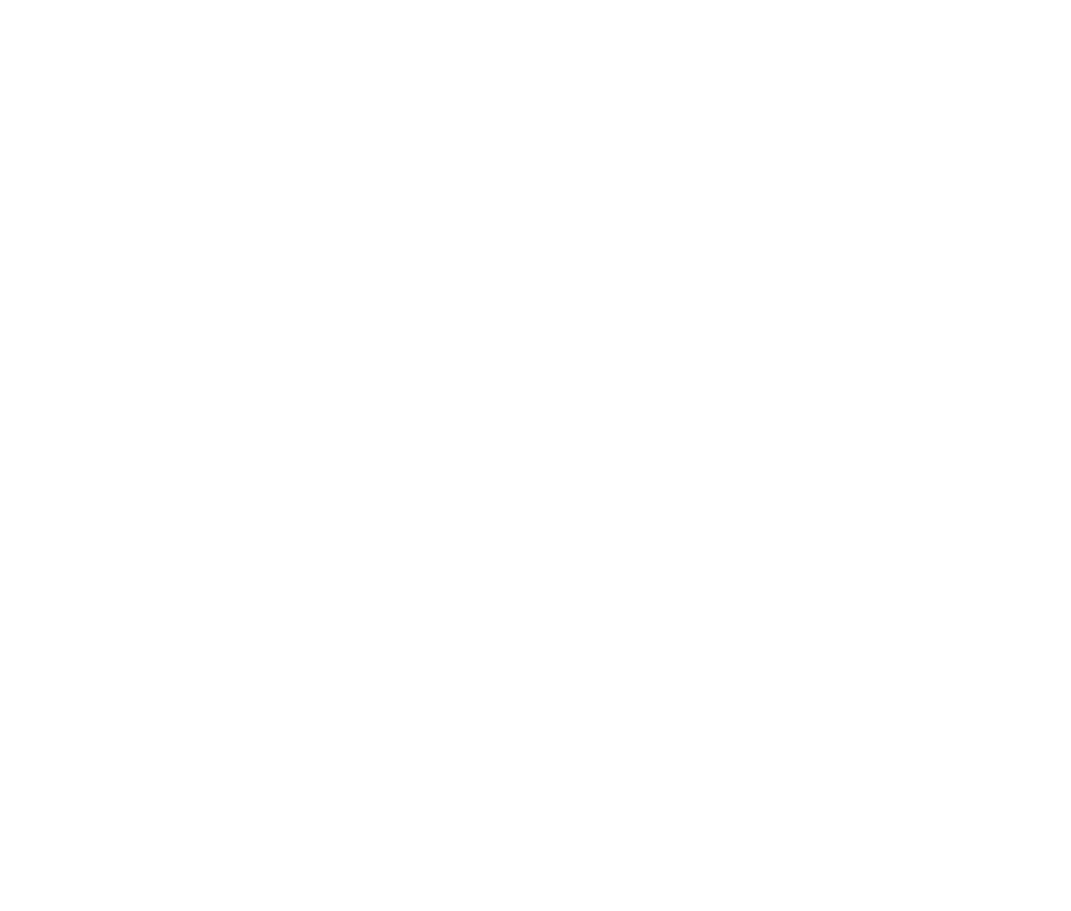
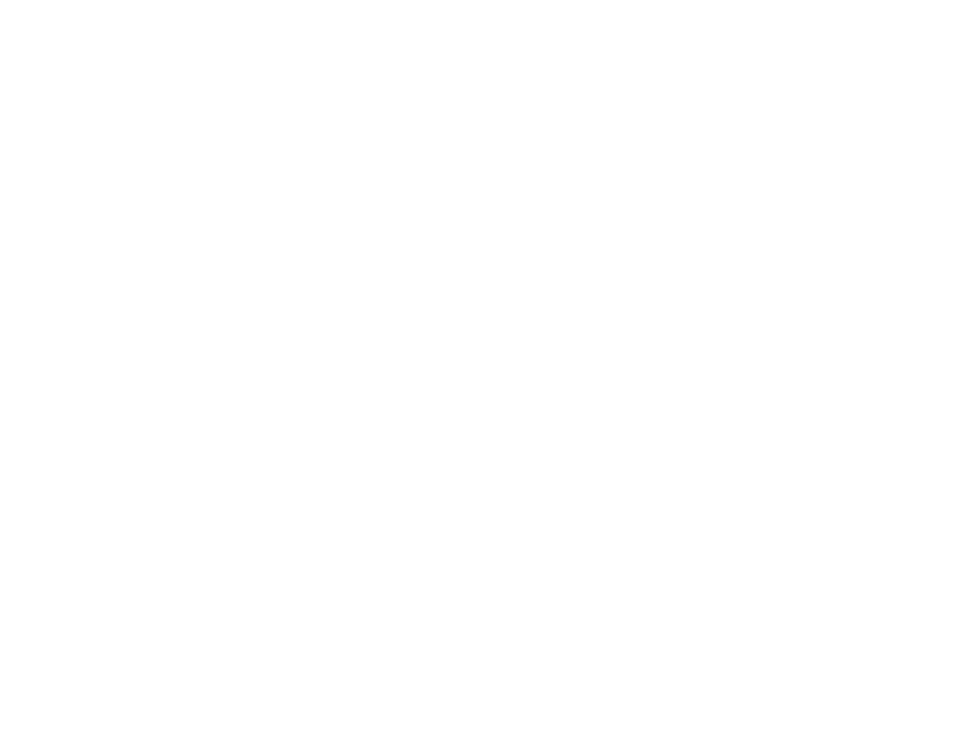
The diagram in data/graph.dot (dodokek/Tree-Structure-Akinator), drawn with Graphviz before and after one commit. The commit also changed 3 other files, not shown here.

```diff
--- a/data/graph.dot
+++ b/data/graph.dot
@@ -1,68 +1,67 @@
 
     digraph g {
         dpi      = 200;
         fontname = "Comic Sans MS";
         fontsize = 20;
         rankdir   =  TB;
         edge [color = darkgrey, arrowhead = onormal, arrowsize = 1, penwidth = 1.2]
         graph[fillcolor = lightgreen, ranksep = 1.3, nodesep = 0.5,
         style = "rounded, filled",color = green, penwidth = 2]
 
-    Node0000000000e924b0[shape=rectangle, color="red", width=0.2, style="filled",fillcolor="lightblue", label="Animal"] 
+    Node00000000001a24b0[shape=rectangle, color="red", width=0.2, style="filled",fillcolor="lightblue", label="Animal"] 
  
-Node0000000000e92550[shape=rectangle, color="red", width=0.2, style="filled",fillcolor="lightblue", label="SucksDick"] 
+Node00000000001a2550[shape=rectangle, color="red", width=0.2, style="filled",fillcolor="lightblue", label="SucksDick"] 
  
-Node0000000000e925f0[shape=rectangle, color="red", width=0.2, style="filled",fillcolor="lightblue", label="StudyInMAI"] 
+Node00000000001a25f0[shape=rectangle, color="red", width=0.2, style="filled",fillcolor="lightblue", label="StudyInMAI"] 
  
-Node0000000000e92690[shape=rectangle, color="red", width=0.2, style="filled",fillcolor="lightblue", label="FiveInchDick"] 
+Node00000000001a2690[shape=rectangle, color="red", width=0.2, style="filled",fillcolor="lightblue", label="FiveInchDick"] 
  
-Node0000000000e981e0[shape=rectangle, color="red", width=0.2, style="filled",fillcolor="lightblue", label="Cum first"] 
+Node00000000001a26c0[shape=rectangle, color="red", width=0.2, style="filled",fillcolor="lightblue", label="MishkFreddie"] 
  
-Node0000000000e98270[shape=rectangle, color="red", width=0.2, style="filled",fillcolor="lightblue", label="Sussy baka
-"] 
+Node00000000001a26f0[shape=rectangle, color="red", width=0.2, style="filled",fillcolor="lightblue", label="Dolbaeb"] 
  
-Node0000000000e926c0[shape=rectangle, color="red", width=0.2, style="filled",fillcolor="lightblue", label="MishkFreddie"] 
+Node00000000001a79f0[shape=rectangle, color="red", width=0.2, style="filled",fillcolor="lightblue", label="Sanya"] 
  
-Node0000000000e926f0[shape=rectangle, color="red", width=0.2, style="filled",fillcolor="lightblue", label="Dolbaeb"] 
+Node00000000001a7a90[shape=rectangle, color="red", width=0.2, style="filled",fillcolor="lightblue", label="Govnovoder"] 
  
-Node0000000000e979f0[shape=rectangle, color="red", width=0.2, style="filled",fillcolor="lightblue", label="Sanya"] 
+Node00000000001a8120[shape=rectangle, color="red", width=0.2, style="filled",fillcolor="lightblue", label="lox"] 
  
-Node0000000000e97a90[shape=rectangle, color="red", width=0.2, style="filled",fillcolor="lightblue", label="Govnovoder"] 
+Node00000000001a8240[shape=rectangle, color="red", width=0.2, style="filled",fillcolor="lightblue", label="ya"] 
  
-Node0000000000e97b30[shape=rectangle, color="red", width=0.2, style="filled",fillcolor="lightblue", label="Krestena"] 
+Node00000000001a7b30[shape=rectangle, color="red", width=0.2, style="filled",fillcolor="lightblue", label="Krestena"] 
  
-Node0000000000e97bd0[shape=rectangle, color="red", width=0.2, style="filled",fillcolor="lightblue", label="Arcadiy"] 
+Node00000000001a7bd0[shape=rectangle, color="red", width=0.2, style="filled",fillcolor="lightblue", label="Arcadiy"] 
  
-Node0000000000e97c70[shape=rectangle, color="red", width=0.2, style="filled",fillcolor="lightblue", label="CumsAlot"] 
+Node00000000001a7c70[shape=rectangle, color="red", width=0.2, style="filled",fillcolor="lightblue", label="CumsAlot"] 
  
-Node0000000000e97d10[shape=rectangle, color="red", width=0.2, style="filled",fillcolor="lightblue", label="Vitalik"] 
+Node00000000001a7d10[shape=rectangle, color="red", width=0.2, style="filled",fillcolor="lightblue", label="Vitalik"] 
  
-Node0000000000e97db0[shape=rectangle, color="red", width=0.2, style="filled",fillcolor="lightblue", label="Coder"] 
+Node00000000001a7db0[shape=rectangle, color="red", width=0.2, style="filled",fillcolor="lightblue", label="Coder"] 
  
-Node0000000000e97e50[shape=rectangle, color="red", width=0.2, style="filled",fillcolor="lightblue", label="Roma"] 
+Node00000000001a7e50[shape=rectangle, color="red", width=0.2, style="filled",fillcolor="lightblue", label="Roma"] 
  
-Node0000000000e98000[shape=rectangle, color="red", width=0.2, style="filled",fillcolor="lightblue", label="Joe"] 
+Node00000000001a8060[shape=rectangle, color="red", width=0.2, style="filled",fillcolor="lightblue", label="Joe"] 
  
-Node0000000000e98150[shape=rectangle, color="red", width=0.2, style="filled",fillcolor="lightblue", label="Obama"] 
+Node00000000001a8090[shape=rectangle, color="red", width=0.2, style="filled",fillcolor="lightblue", label="Obama"] 
  
-Node0000000000e97fa0[shape=rectangle, color="red", width=0.2, style="filled",fillcolor="lightblue", label="Sashka"] 
+Node00000000001a82a0[shape=rectangle, color="red", width=0.2, style="filled",fillcolor="lightblue", label="Sashka"] 
  
-Node0000000000e924b0->Node0000000000e92550
-Node0000000000e92550->Node0000000000e925f0
-Node0000000000e925f0->Node0000000000e92690
-Node0000000000e92690->Node0000000000e981e0
-Node0000000000e981e0->Node0000000000e98270
-Node0000000000e981e0->Node0000000000e926c0
-Node0000000000e92690->Node0000000000e926f0
-Node0000000000e925f0->Node0000000000e979f0
-Node0000000000e92550->Node0000000000e97a90
-Node0000000000e97a90->Node0000000000e97b30
-Node0000000000e97a90->Node0000000000e97bd0
-Node0000000000e924b0->Node0000000000e97c70
-Node0000000000e97c70->Node0000000000e97d10
-Node0000000000e97c70->Node0000000000e97db0
-Node0000000000e97db0->Node0000000000e97e50
-Node0000000000e97db0->Node0000000000e98000
-Node0000000000e98000->Node0000000000e98150
-Node0000000000e98000->Node0000000000e97fa0
+Node00000000001a24b0->Node00000000001a2550
+Node00000000001a2550->Node00000000001a25f0
+Node00000000001a25f0->Node00000000001a2690
+Node00000000001a2690->Node00000000001a26c0
+Node00000000001a2690->Node00000000001a26f0
+Node00000000001a25f0->Node00000000001a79f0
+Node00000000001a2550->Node00000000001a7a90
+Node00000000001a7a90->Node00000000001a8120
+Node00000000001a8120->Node00000000001a8240
+Node00000000001a8120->Node00000000001a7b30
+Node00000000001a7a90->Node00000000001a7bd0
+Node00000000001a24b0->Node00000000001a7c70
+Node00000000001a7c70->Node00000000001a7d10
+Node00000000001a7c70->Node00000000001a7db0
+Node00000000001a7db0->Node00000000001a7e50
+Node00000000001a7db0->Node00000000001a8060
+Node00000000001a8060->Node00000000001a8090
+Node00000000001a8060->Node00000000001a82a0
 }
```
